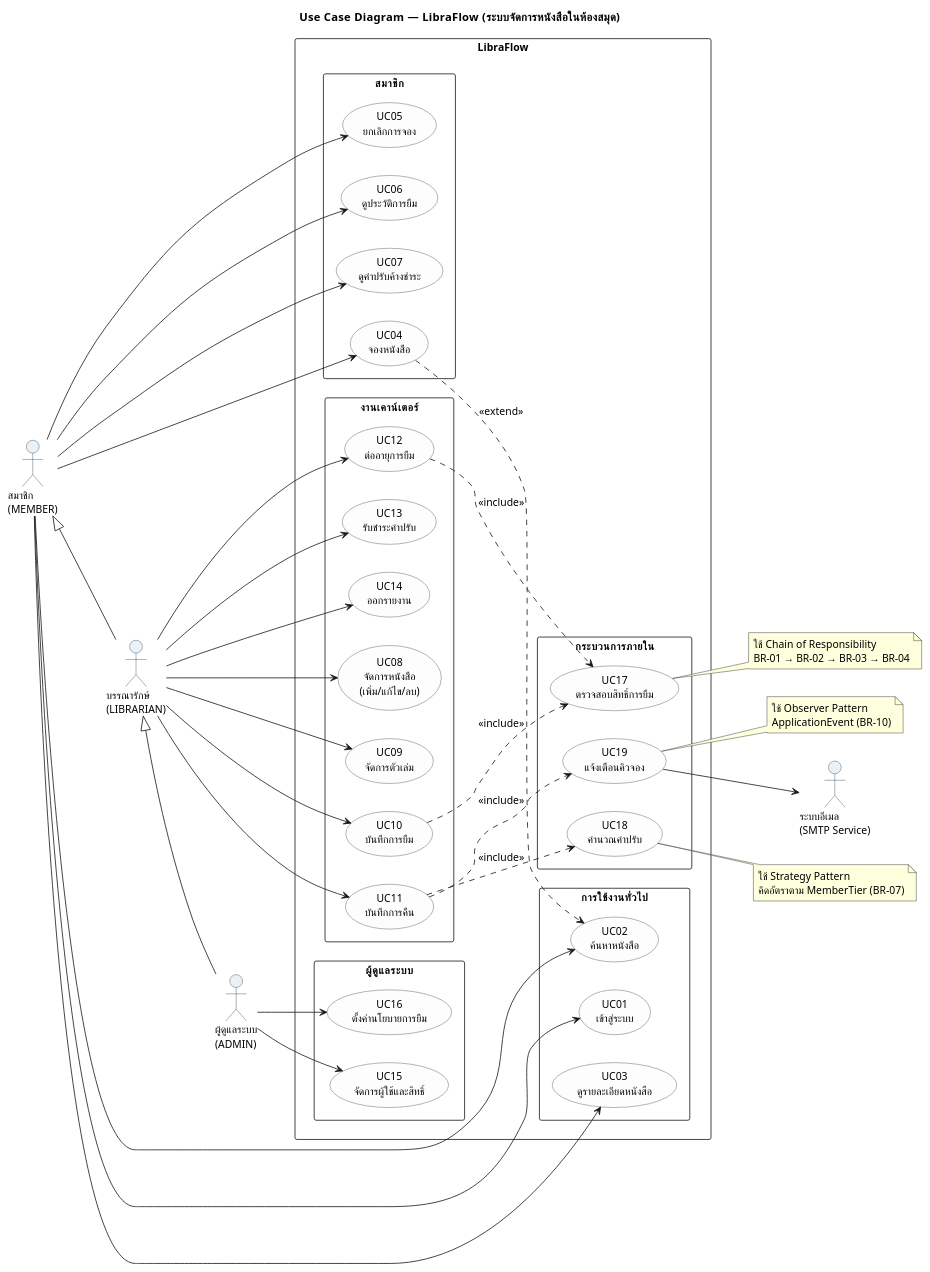
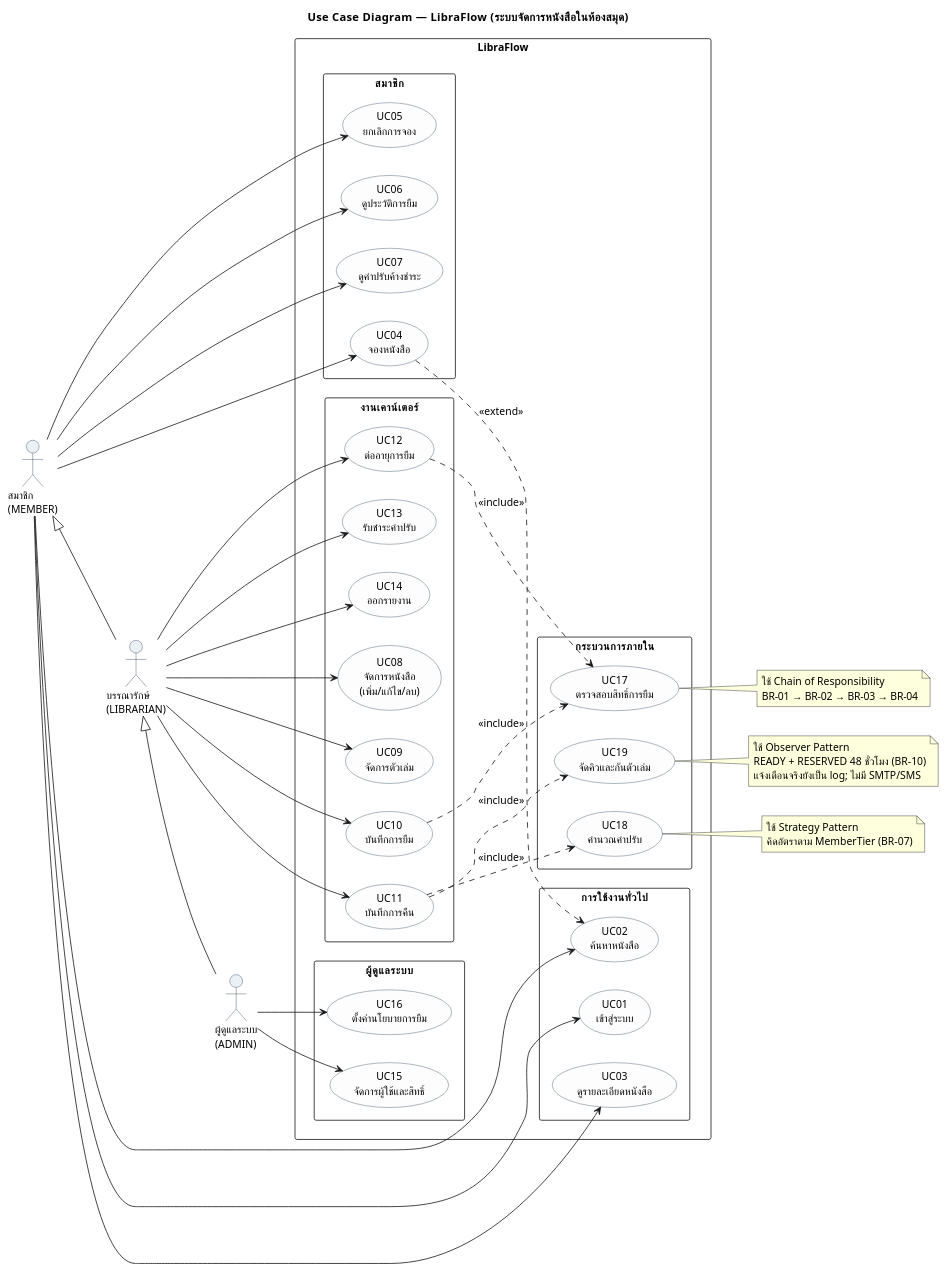
The diagram in doc/diagrams/01-use-case.puml (boatrocl/library_book_management), drawn with PlantUML before and after one commit. The commit also changed 104 other files, not shown here.

```diff
--- a/doc/diagrams/01-use-case.puml
+++ b/doc/diagrams/01-use-case.puml
@@ -1,105 +1,103 @@
 @startuml 01-use-case
 title Use Case Diagram — LibraFlow (ระบบจัดการหนังสือในห้องสมุด)
 
 skinparam defaultFontName "Tahoma"
 skinparam defaultFontSize 13
 skinparam shadowing false
 skinparam packageStyle rectangle
 skinparam usecase {
   BackgroundColor #FDFDFD
   BorderColor #34495E
 }
 skinparam actor {
   BackgroundColor #EAF2F8
   BorderColor #2E4053
 }
 left to right direction
 
 actor "สมาชิก\n(MEMBER)" as MEMBER
 actor "บรรณารักษ์\n(LIBRARIAN)" as LIBRARIAN
 actor "ผู้ดูแลระบบ\n(ADMIN)" as ADMIN
-actor "ระบบอีเมล\n(SMTP Service)" as MAIL
 
 MEMBER <|-- LIBRARIAN
 LIBRARIAN <|-- ADMIN
 
 rectangle "LibraFlow" {
 
   package "การใช้งานทั่วไป" {
     usecase "UC01\nเข้าสู่ระบบ" as UC01
     usecase "UC02\nค้นหาหนังสือ" as UC02
     usecase "UC03\nดูรายละเอียดหนังสือ" as UC03
   }
 
   package "สมาชิก" {
     usecase "UC04\nจองหนังสือ" as UC04
     usecase "UC05\nยกเลิกการจอง" as UC05
     usecase "UC06\nดูประวัติการยืม" as UC06
     usecase "UC07\nดูค่าปรับค้างชำระ" as UC07
   }
 
   package "งานเคาน์เตอร์" {
     usecase "UC08\nจัดการหนังสือ\n(เพิ่ม/แก้ไข/ลบ)" as UC08
     usecase "UC09\nจัดการตัวเล่ม" as UC09
     usecase "UC10\nบันทึกการยืม" as UC10
     usecase "UC11\nบันทึกการคืน" as UC11
     usecase "UC12\nต่ออายุการยืม" as UC12
     usecase "UC13\nรับชำระค่าปรับ" as UC13
     usecase "UC14\nออกรายงาน" as UC14
   }
 
   package "ผู้ดูแลระบบ" {
     usecase "UC15\nจัดการผู้ใช้และสิทธิ์" as UC15
     usecase "UC16\nตั้งค่านโยบายการยืม" as UC16
   }
 
   package "กระบวนการภายใน" {
     usecase "UC17\nตรวจสอบสิทธิ์การยืม" as UC17
     usecase "UC18\nคำนวณค่าปรับ" as UC18
-    usecase "UC19\nแจ้งเตือนคิวจอง" as UC19
+    usecase "UC19\nจัดคิวและกันตัวเล่ม" as UC19
   }
 }
 
 MEMBER --> UC01
 MEMBER --> UC02
 MEMBER --> UC03
 MEMBER --> UC04
 MEMBER --> UC05
 MEMBER --> UC06
 MEMBER --> UC07
 
 LIBRARIAN --> UC08
 LIBRARIAN --> UC09
 LIBRARIAN --> UC10
 LIBRARIAN --> UC11
 LIBRARIAN --> UC12
 LIBRARIAN --> UC13
 LIBRARIAN --> UC14
 
 ADMIN --> UC15
 ADMIN --> UC16
 
-UC19 --> MAIL
-
 UC10 ..> UC17 : <<include>>
 UC11 ..> UC18 : <<include>>
 UC11 ..> UC19 : <<include>>
 UC12 ..> UC17 : <<include>>
 UC04 ..> UC02 : <<extend>>
 
 note right of UC17
   ใช้ Chain of Responsibility
   BR-01 → BR-02 → BR-03 → BR-04
 end note
 
 note right of UC18
   ใช้ Strategy Pattern
   คิดอัตราตาม MemberTier (BR-07)
 end note
 
 note right of UC19
   ใช้ Observer Pattern
-  ApplicationEvent (BR-10)
+  READY + RESERVED 48 ชั่วโมง (BR-10)
+  แจ้งเตือนจริงยังเป็น log; ไม่มี SMTP/SMS
 end note
 
 @enduml
```
